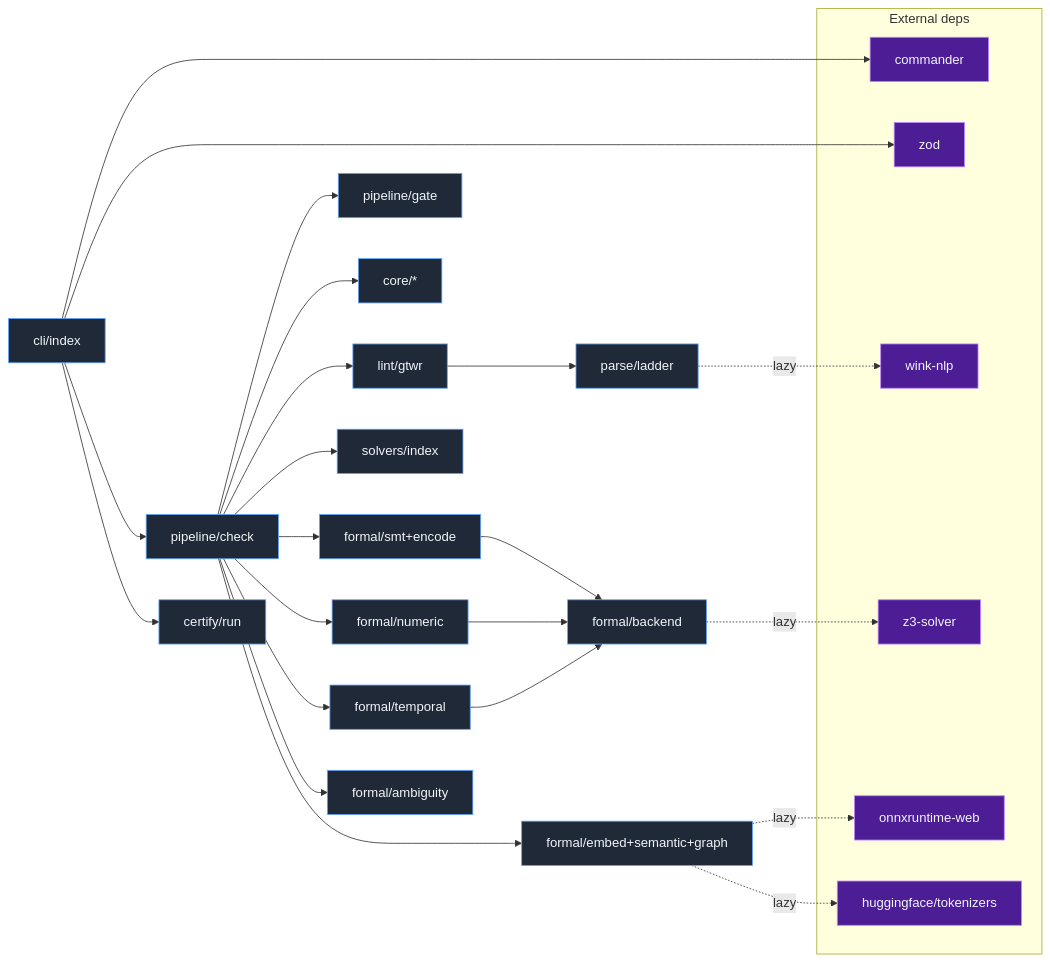
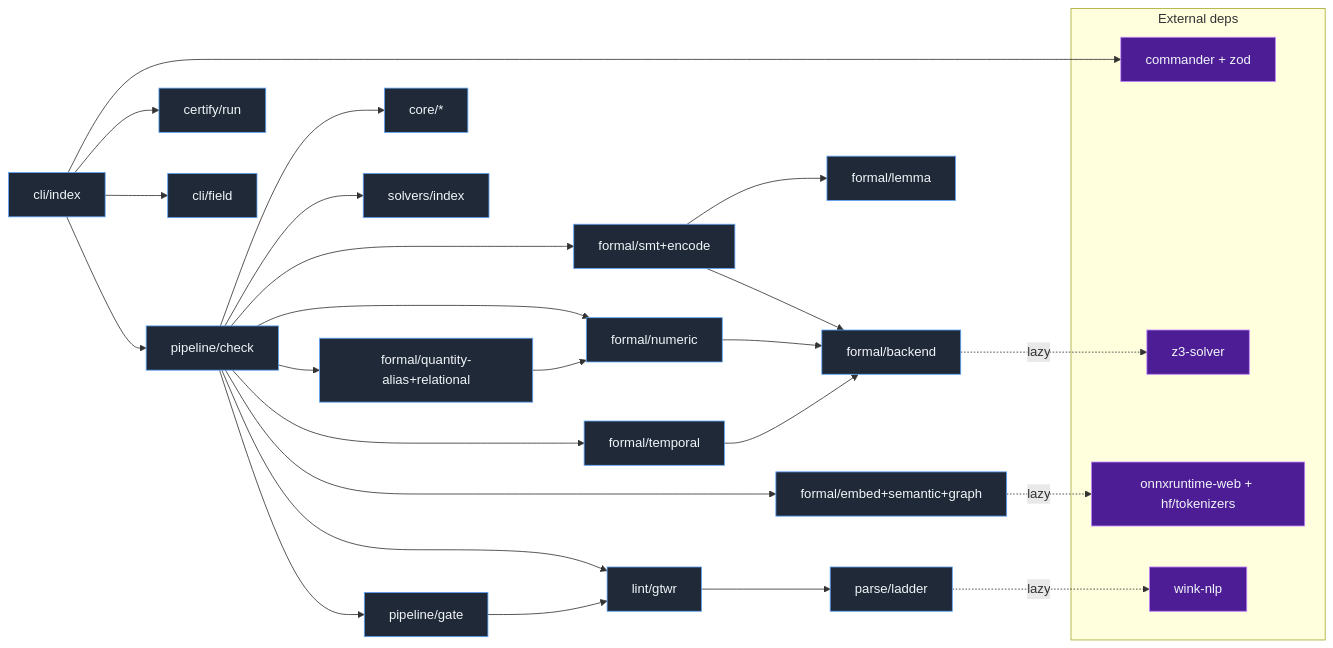
One commit to theagenticguy/symspec changed the diagram in docs/diagrams/structural/dependency-graph.md. Above: the diagram before and after it, drawn with Mermaid. The commit also changed other lines of this file and 17 other files, not shown here.

````diff
--- a/docs/diagrams/structural/dependency-graph.md
+++ b/docs/diagrams/structural/dependency-graph.md
@@ -5,40 +5,40 @@
 ```mermaid
 flowchart LR
     subgraph ext[External deps]
-        commander[commander]
-        zod[zod]
+        cliDeps[commander + zod]
         z3[z3-solver]
-        onnx[onnxruntime-web]
-        hf[huggingface/tokenizers]
+        embedRt[onnxruntime-web + hf/tokenizers]
         wink[wink-nlp]
     end
 
-    cli[cli/index] --> commander
-    cli --> zod
+    cli[cli/index] --> cliDeps
     cli --> check[pipeline/check]
     cli --> certify[certify/run]
+    cli --> field[cli/field]
 
     check --> gate[pipeline/gate]
     check --> core[core/*]
     check --> gtwr[lint/gtwr]
     check --> solvers[solvers/index]
     check --> smt[formal/smt+encode]
     check --> numeric[formal/numeric]
+    check --> propose[formal/quantity-alias+relational]
     check --> temporal[formal/temporal]
-    check --> ambiguity[formal/ambiguity]
     check --> embed[formal/embed+semantic+graph]
 
+    smt --> lemma[formal/lemma]
     smt --> backend[formal/backend]
     numeric --> backend
+    propose --> numeric
     temporal --> backend
+    gate --> gtwr
     backend -.lazy.-> z3
     gtwr --> parse[parse/ladder]
     parse -.lazy.-> wink
-    embed -.lazy.-> onnx
-    embed -.lazy.-> hf
+    embed -.lazy.-> embedRt
 
     classDef internal fill:#1f2937,stroke:#60a5fa,color:#f1f5f9;
     classDef external fill:#4c1d95,stroke:#c084fc,color:#f1f5f9;
-    class cli,check,certify,gate,core,gtwr,solvers,smt,numeric,temporal,ambiguity,embed,backend,parse internal;
-    class commander,zod,z3,onnx,hf,wink external;
+    class cli,check,certify,gate,core,gtwr,solvers,smt,lemma,numeric,propose,temporal,embed,backend,parse,field internal;
+    class cliDeps,z3,embedRt,wink external;
 ```
````
